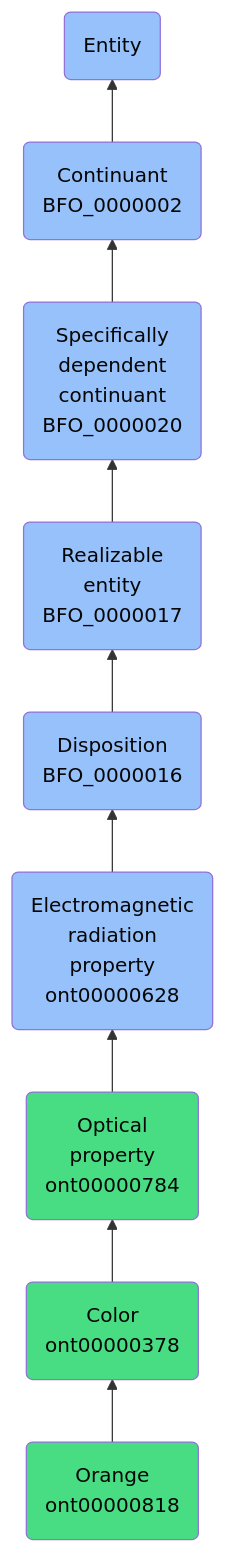
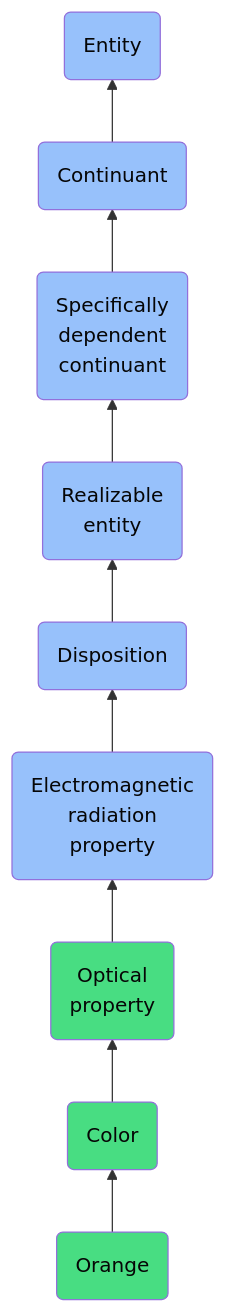
One commit to jupyter-naas/abi changed the diagram in docs/ontology/reference/model/Entity/Continuant/Specifically dependent continuant/Realizable entity/Disposition/Electromagnetic radiation property/Optical property/Color/Orange/Orange.md. Above: the diagram before and after it, drawn with Mermaid. The commit also changed other lines of this file and 1430 other files, not shown here.

````diff
--- a/docs/ontology/reference/model/Entity/Continuant/Specifically dependent continuant/Realizable entity/Disposition/Electromagnetic radiation property/Optical property/Color/Orange/Orange.md
+++ b/docs/ontology/reference/model/Entity/Continuant/Specifically dependent continuant/Realizable entity/Disposition/Electromagnetic radiation property/Optical property/Color/Orange/Orange.md
@@ -24,16 +24,16 @@
 ```mermaid
 graph BT
-    ont00000818(Orange<br>ont00000818):::ABI-->ont00000378
-    ont00000378(Color<br>ont00000378):::ABI-->ont00000784
-    ont00000784(Optical<br>property<br>ont00000784):::ABI-->ont00000628
-    ont00000628(Electromagnetic<br>radiation<br>property<br>ont00000628):::BFO-->BFO_0000016
-    BFO_0000016(Disposition<br>BFO_0000016):::BFO-->BFO_0000017
-    BFO_0000017(Realizable<br>entity<br>BFO_0000017):::BFO-->BFO_0000020
-    BFO_0000020(Specifically<br>dependent<br>continuant<br>BFO_0000020):::BFO-->BFO_0000002
-    BFO_0000002(Continuant<br>BFO_0000002):::BFO-->BFO_0000001
+    ont00000818(Orange):::ABI-->ont00000378
+    ont00000378(Color):::ABI-->ont00000784
+    ont00000784(Optical<br>property):::ABI-->ont00000628
+    ont00000628(Electromagnetic<br>radiation<br>property):::BFO-->BFO_0000016
+    BFO_0000016(Disposition):::BFO-->BFO_0000017
+    BFO_0000017(Realizable<br>entity):::BFO-->BFO_0000020
+    BFO_0000020(Specifically<br>dependent<br>continuant):::BFO-->BFO_0000002
+    BFO_0000002(Continuant):::BFO-->BFO_0000001
     BFO_0000001(Entity):::BFO
     
     classDef BFO fill:#97c1fb,color:#060606
     classDef CCO fill:#e4c51e,color:#060606
     classDef ABI fill:#48DD82,color:#060606
 ```
````
